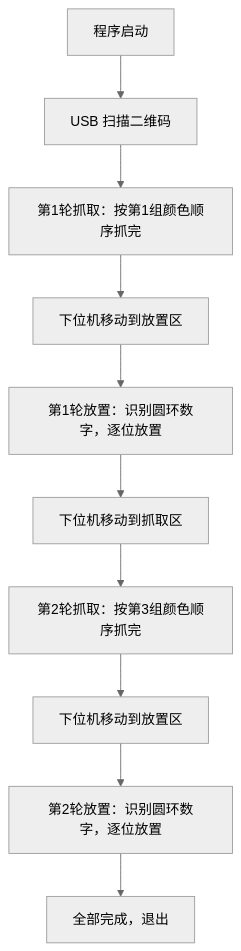
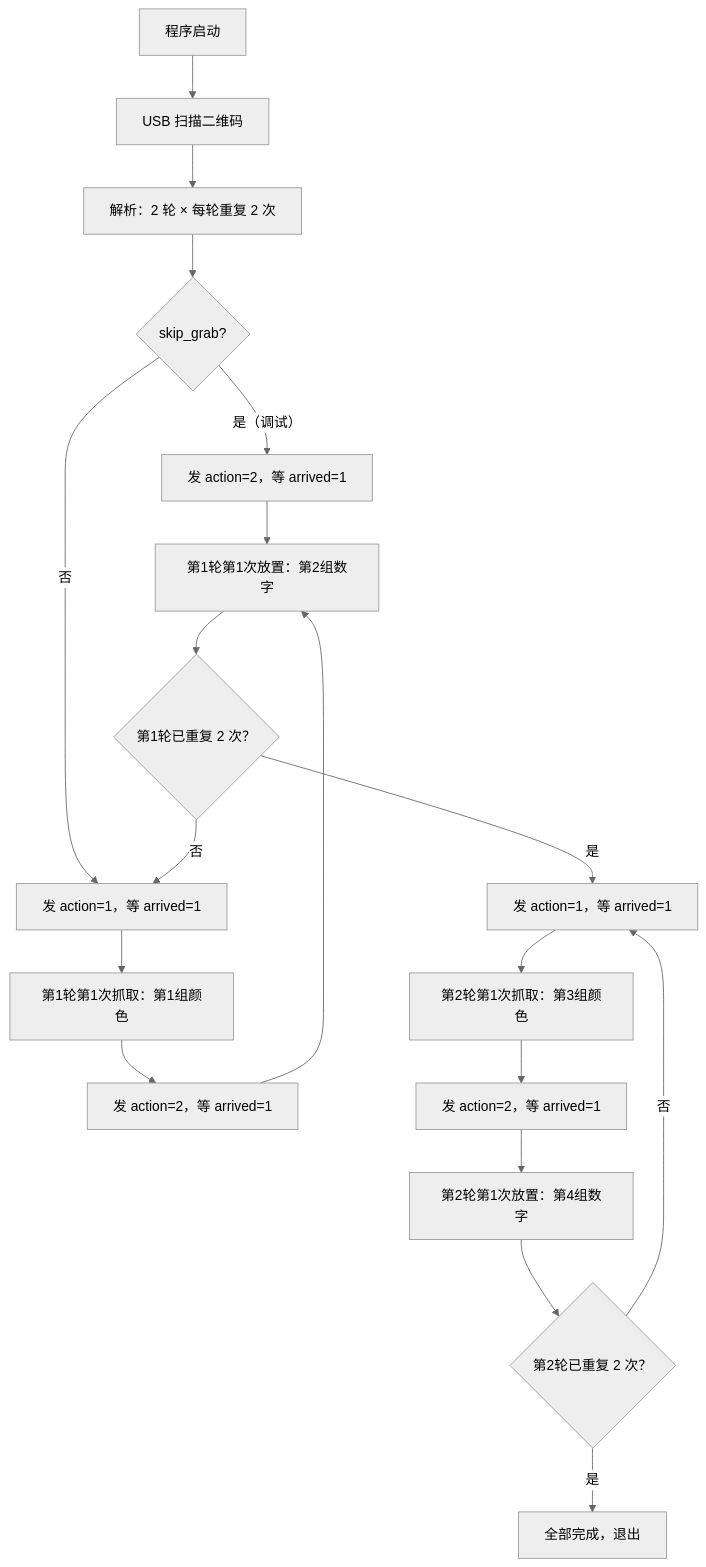
Before and after one commit to MFWTW/Engineering-Training-Competition: the first of 2 diagrams in README.md, drawn with Mermaid (neutral theme). The commit also changed other lines of this file and 10 other files, not shown here.

````diff
--- a/README.md
+++ b/README.md
@@ -74,12 +155,21 @@
 ```mermaid
 flowchart TD
     START["程序启动"] --> QR["USB 扫描二维码"]
-    QR --> R1G["第1轮抓取：按第1组颜色顺序抓完"]
-    R1G --> R1M["下位机移动到放置区"]
-    R1M --> R1P["第1轮放置：识别圆环数字，逐位放置"]
-    R1P --> R2M["下位机移动到抓取区"]
-    R2M --> R2G["第2轮抓取：按第3组颜色顺序抓完"]
-    R2G --> R2M2["下位机移动到放置区"]
-    R2M2 --> R2P["第2轮放置：识别圆环数字，逐位放置"]
-    R2P --> DONE["全部完成，退出"]
+    QR --> PARSE["解析：2 轮 × 每轮重复 2 次"]
+    PARSE --> SKIP{"skip_grab?"}
+    SKIP -- "是（调试）" --> GO_PLACE1["发 action=2，等 arrived=1"]
+    SKIP -- "否" --> GO_GRAB1["发 action=1，等 arrived=1"]
+    GO_GRAB1 --> GRAB1["第1轮第1次抓取：第1组颜色"]
+    GRAB1 --> GO_PLACE["发 action=2，等 arrived=1"]
+    GO_PLACE --> PLACE1["第1轮第1次放置：第2组数字"]
+    GO_PLACE1 --> PLACE1
+    PLACE1 --> REP1{"第1轮已重复 2 次？"}
+    REP1 -- "否" --> GO_GRAB1
+    REP1 -- "是" --> GO_GRAB2["发 action=1，等 arrived=1"]
+    GO_GRAB2 --> GRAB2["第2轮第1次抓取：第3组颜色"]
+    GRAB2 --> GO_PLACE2["发 action=2，等 arrived=1"]
+    GO_PLACE2 --> PLACE2["第2轮第1次放置：第4组数字"]
+    PLACE2 --> REP2{"第2轮已重复 2 次？"}
+    REP2 -- "否" --> GO_GRAB2
+    REP2 -- "是" --> DONE["全部完成，退出"]
 ```
````
